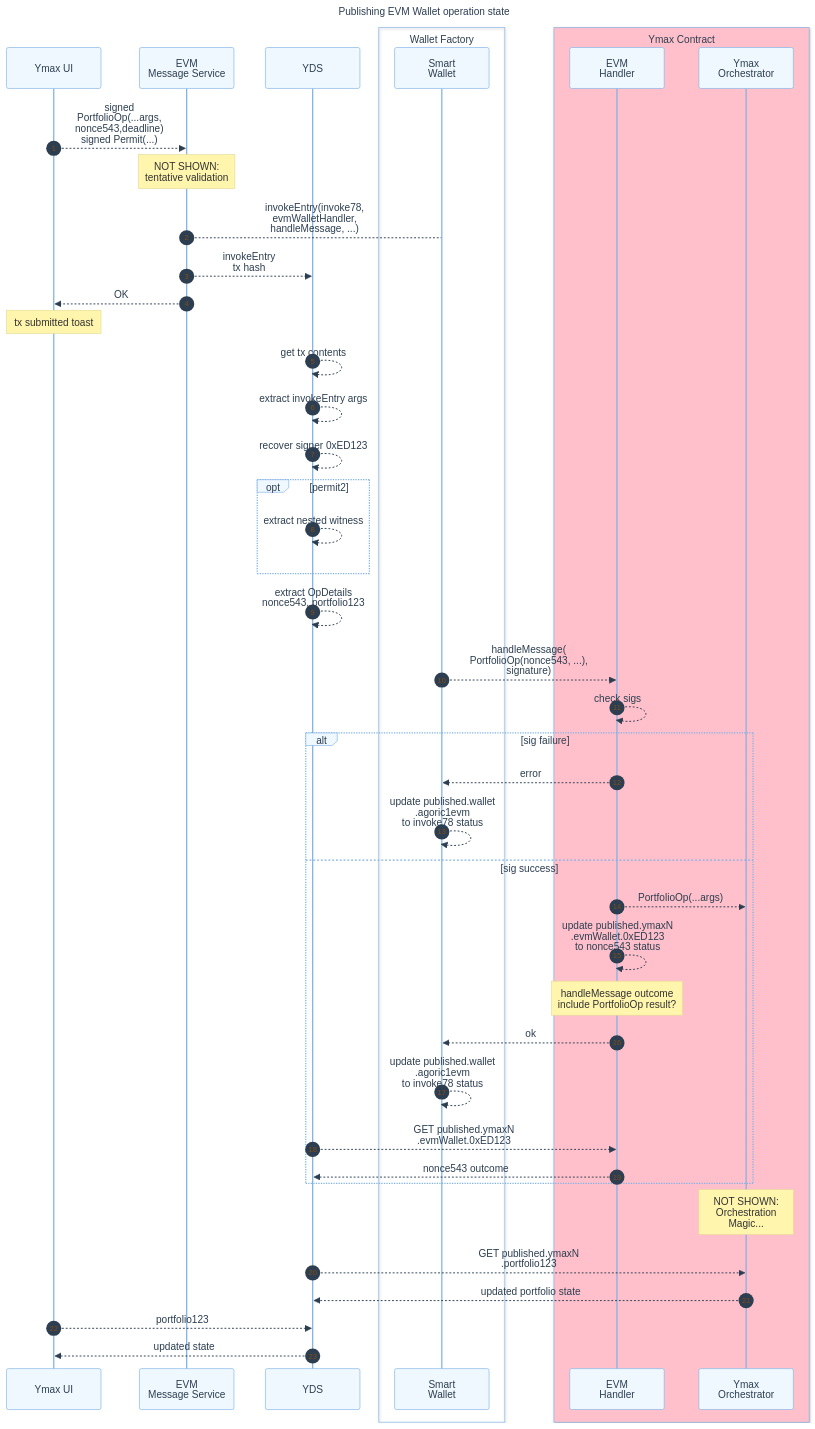
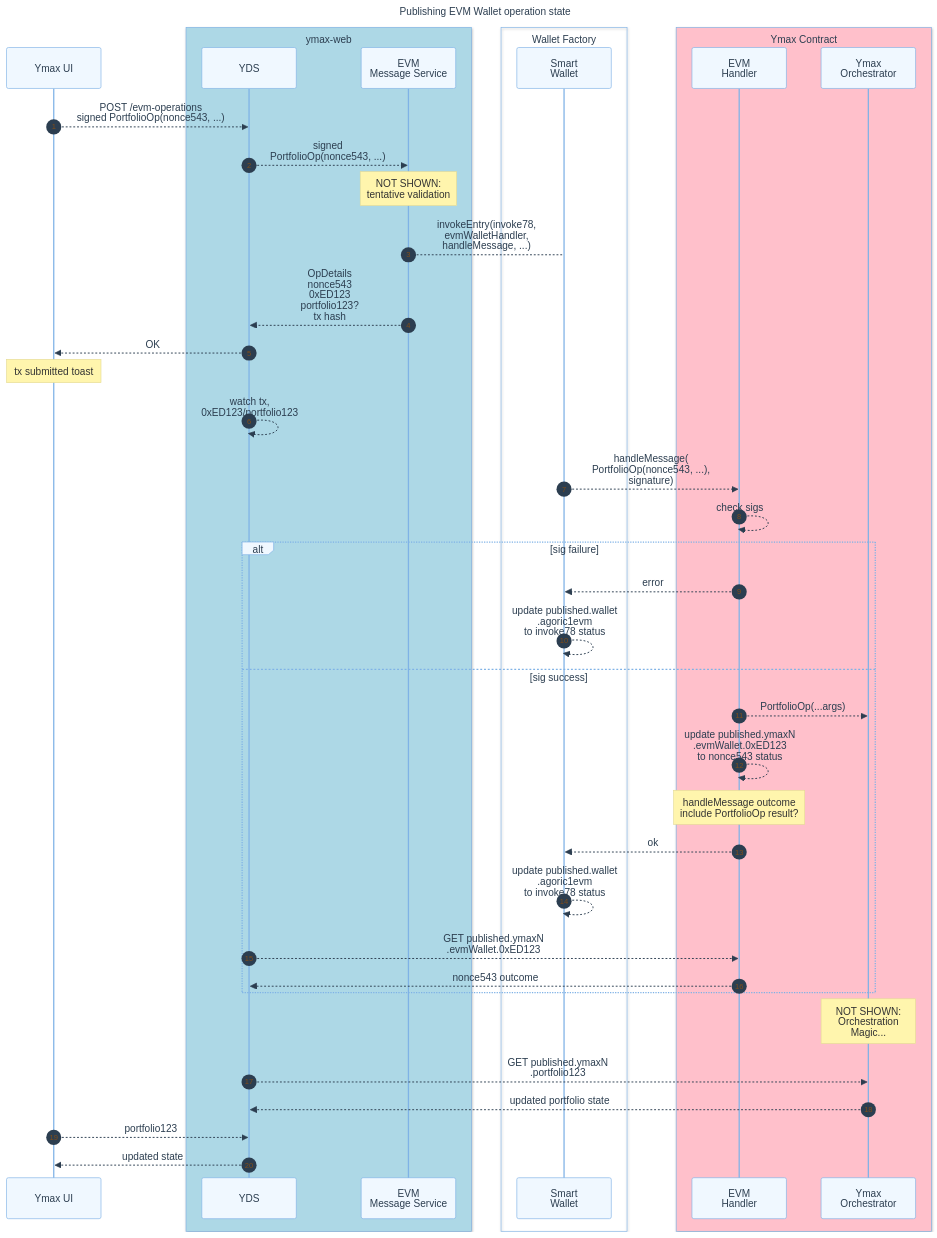
Before and after one commit to Agoric/agoric-sdk: the fifth of 7 diagrams in packages/portfolio-contract/docs-design/evm-wallet.md, drawn with Mermaid. The commit also changed other lines of this file, not shown here.

Commit message:
chore: update evm doc

````diff
--- a/packages/portfolio-contract/docs-design/evm-wallet.md
+++ b/packages/portfolio-contract/docs-design/evm-wallet.md
@@ -240,69 +241,66 @@
 ```mermaid
 
 %%{init: {
   'theme': 'base',
   'themeVariables': {
     'primaryColor': '#f0f8ff',
     'primaryTextColor': '#2c3e50',
     'primaryBorderColor': '#7fb2e6',
     'lineColor': '#7fb2e6',
     'secondaryColor': '#f6f8fa',
     'tertiaryColor': '#fff5e6'
   }
 }}%%
 sequenceDiagram
   title Publishing EVM Wallet operation state
   autonumber
   participant D as Ymax UI
-  participant EMS as EVM<br/> Message Service
-  participant YDS
+  box lightblue ymax-web
+    participant YDS
+    participant EMS as EVM<br/> Message Service
+  end
   %% [Where it runs]
   box Wallet Factory
     participant W as Smart<br/>Wallet
   end
   box Pink Ymax Contract
     participant EMH as EVM<br/>Handler
     participant YC as Ymax<br/>Orchestrator
   end
 
   %% Notation: ->> for initial message, -->> for consequences
 
-  D -->> EMS: signed<br/>PortfolioOp(...args,<br/>nonce543,deadline)<br/>signed Permit(...)
+  D -->> YDS: POST /evm-operations<br/>signed PortfolioOp(nonce543, ...)
+  YDS -->> EMS: signed<br/>PortfolioOp(nonce543, ...)
 
   note over EMS: NOT SHOWN:<br/>tentative validation
   EMS --> W: invokeEntry(invoke78,<br/>evmWalletHandler,<br/>handleMessage, ...)
-  EMS -->> YDS: invokeEntry<br/>tx hash
-  EMS -->> D: OK
+  EMS -->> YDS: OpDetails<br/>nonce543<br/>0xED123<br/>portfolio123?<br/>tx hash
+  YDS -->> D: OK
   note over D: tx submitted toast
 
-  YDS -->> YDS: get tx contents
-  YDS -->> YDS: extract invokeEntry args
-  YDS -->> YDS: recover signer 0xED123
-  opt permit2
-    YDS -->> YDS: extract nested witness
-  end
-  YDS -->> YDS: extract OpDetails<br/>nonce543, portfolio123
+  YDS -->> YDS: watch tx,<br/>0xED123/portfolio123
 
   W -->> EMH: handleMessage(<br/>PortfolioOp(nonce543, ...),<br/>signature)
   EMH -->> EMH: check sigs
   alt sig failure
     EMH -->> W: error
     W -->> W: update published.wallet<br/>.agoric1evm<br/>to invoke78 status
   else sig success
     EMH -->> YC: PortfolioOp(...args)
     EMH -->> EMH: update published.ymaxN<br/>.evmWallet.0xED123<br/>to nonce543 status
     note over EMH: handleMessage outcome<br/>include PortfolioOp result?
     EMH -->> W: ok
     W -->> W: update published.wallet<br/>.agoric1evm<br/>to invoke78 status
     YDS -->> EMH: GET published.ymaxN<br/>.evmWallet.0xED123
     EMH -->> YDS: nonce543 outcome
   end
 
   note over YC: NOT SHOWN:<br/>Orchestration<br/>Magic...
 
   YDS -->> YC: GET published.ymaxN<br/>.portfolio123
   YC -->> YDS: updated portfolio state
 
   D -->> YDS: portfolio123
   YDS -->> D: updated state
 ```
````
